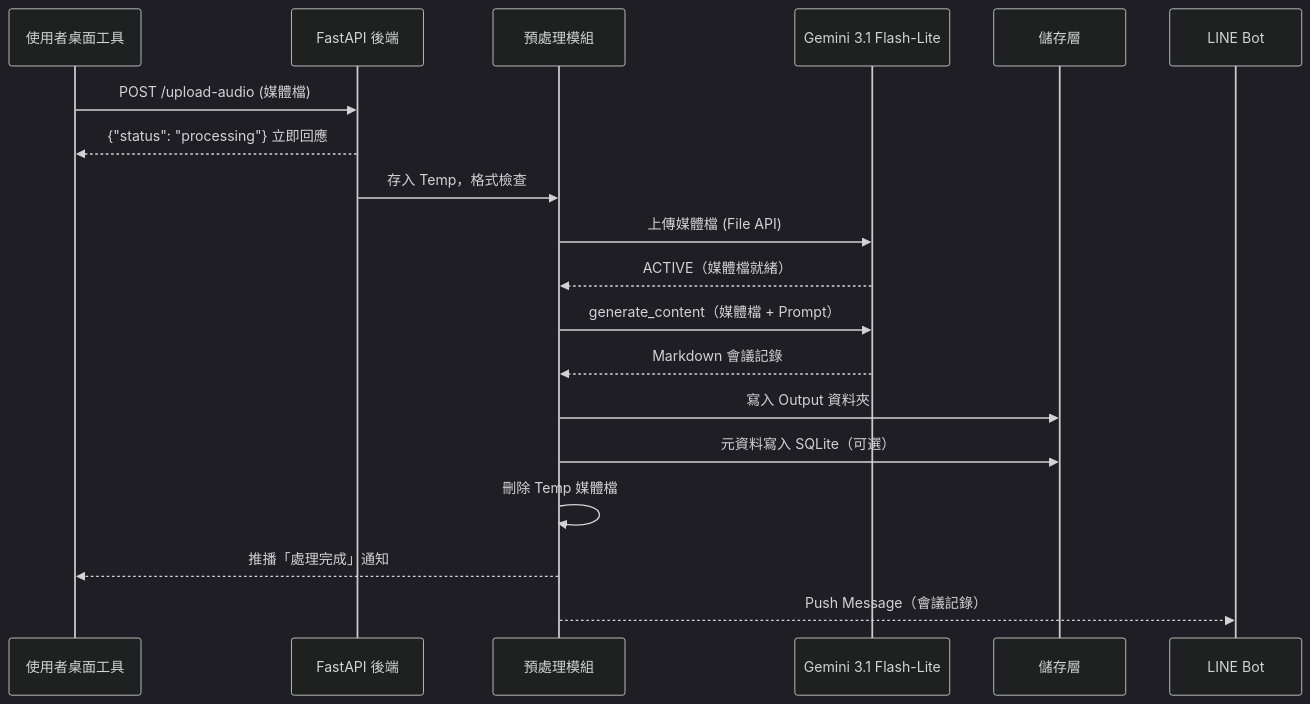
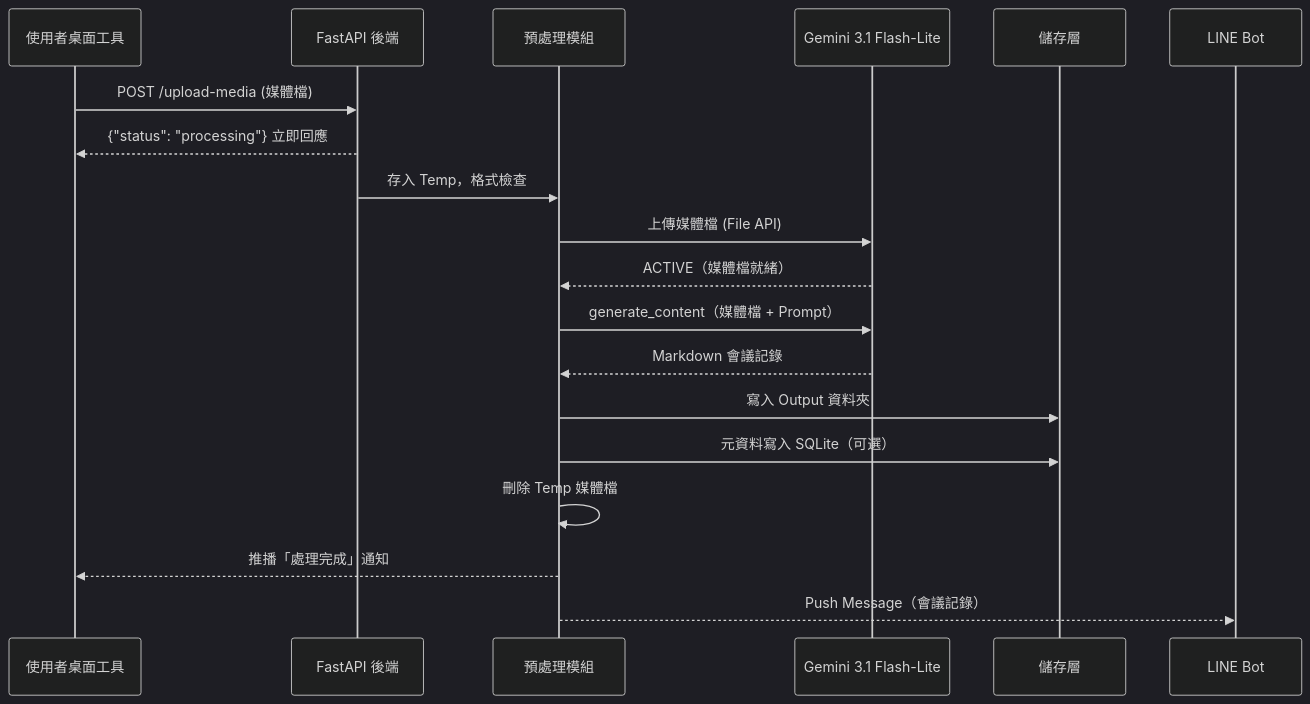
The second of 2 diagrams in ARCHITECTURE.md (balboku/meeting_assistant), drawn with Mermaid (dark theme) before and after one commit. The commit also changed other lines of this file and 4 other files, not shown here.

Commit message:
Add media upload endpoint

````diff
--- a/ARCHITECTURE.md
+++ b/ARCHITECTURE.md
@@ -147,22 +147,22 @@
 ```mermaid
 sequenceDiagram
     participant U as 使用者桌面工具
     participant API as FastAPI 後端
     participant PROC as 預處理模組
     participant AI as Gemini 3.1 Flash-Lite
     participant DB as 儲存層
     participant LINE as LINE Bot
 
-    U->>API: POST /upload-audio (媒體檔)
+    U->>API: POST /upload-media (媒體檔)
     API-->>U: {"status": "processing"} 立即回應
     API->>PROC: 存入 Temp，格式檢查
     PROC->>AI: 上傳媒體檔 (File API)
     AI-->>PROC: ACTIVE（媒體檔就緒）
     PROC->>AI: generate_content（媒體檔 + Prompt）
     AI-->>PROC: Markdown 會議記錄
     PROC->>DB: 寫入 Output 資料夾
     PROC->>DB: 元資料寫入 SQLite（可選）
     PROC->>PROC: 刪除 Temp 媒體檔
     PROC-->>U: 推播「處理完成」通知
     PROC-->>LINE: Push Message（會議記錄）
 ```
````
